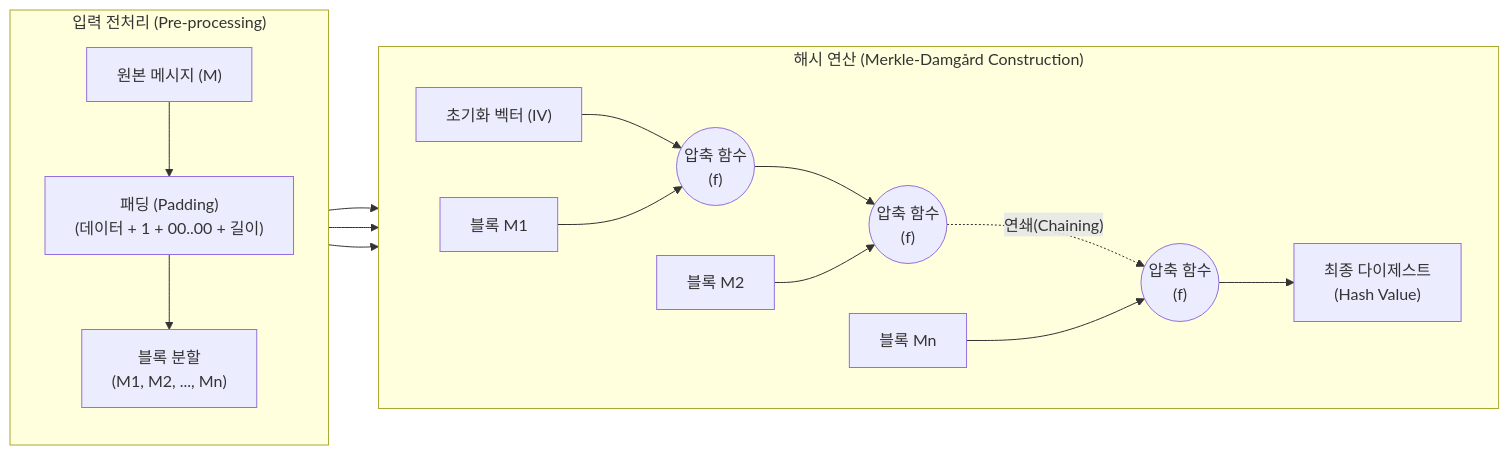
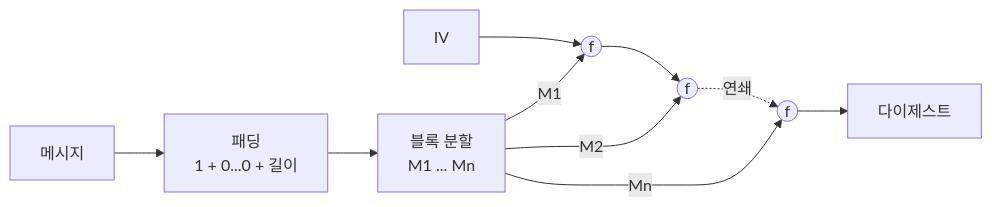
Before and after one commit to supremethumb/supremethumb.github.io: the diagram in content/01_IT Tech/해시함수.md, drawn with Mermaid. The commit also changed other lines of this file and 1087 other files, not shown here.

````diff
--- a/content/01_IT Tech/해시함수.md
+++ b/content/01_IT Tech/해시함수.md
@@ -28,25 +36,12 @@
 ```mermaid
 flowchart LR
-    subgraph "입력 전처리 (Pre-processing)"
-        direction TB
-        Input["원본 메시지 (M)"] --> Padding["패딩 (Padding)<br/>(데이터 + 1 + 00..00 + 길이)"]
-        Padding --> Split["블록 분할<br/>(M1, M2, ..., Mn)"]
-    end
-    
-    subgraph "해시 연산 (Merkle-Damgård Construction)"
-        direction LR
-        IV["초기화 벡터 (IV)"] --> Comp1(("압축 함수<br/>(f)"))
-        M1["블록 M1"] --> Comp1
-        
-        Comp1 --> Comp2(("압축 함수<br/>(f)"))
-        M2["블록 M2"] --> Comp2
-        
-        Comp2 -. "연쇄(Chaining)" .-> CompN(("압축 함수<br/>(f)"))
-        Mn["블록 Mn"] --> CompN
-        
-        CompN --> Digest["최종 다이제스트<br/>(Hash Value)"]
-    end
-    
-    Split --> M1 & M2 & Mn
-
+    M["메시지"] --> PAD["패딩<br/>1 + 0...0 + 길이"]
+    PAD --> SP["블록 분할<br/>M1 ... Mn"]
+    IV["IV"] --> F1(("f"))
+    SP -->|"M1"| F1
+    F1 --> F2(("f"))
+    SP -->|"M2"| F2
+    F2 -.->|"연쇄"| FN(("f"))
+    SP -->|"Mn"| FN
+    FN --> D["다이제스트"]
 ```
````
